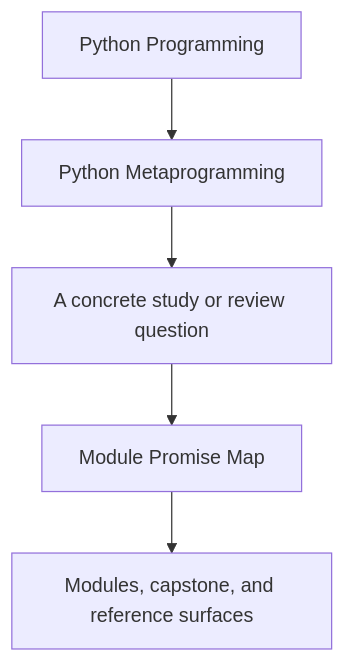
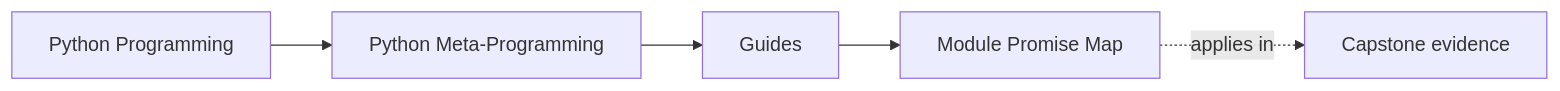
One commit to bijux/bijux-masterclass changed the first of 2 diagrams in programs/python-programming/python-meta-programming/course-book/guides/module-promise-map.md. Above: the diagram before and after it, drawn with Mermaid. The commit also changed other lines of this file and 55 other files, not shown here.

Commit message:
docs(python-meta-programming): map runtime foundations and inspection routes

````diff
--- a/programs/python-programming/python-meta-programming/course-book/guides/module-promise-map.md
+++ b/programs/python-programming/python-meta-programming/course-book/guides/module-promise-map.md
@@ -6,7 +6,11 @@
 ```mermaid
-flowchart TD
-  family["Python Programming"] --> program["Python Metaprogramming"]
-  program --> pressure["A concrete study or review question"]
-  pressure --> guide["Module Promise Map"]
-  guide --> next["Modules, capstone, and reference surfaces"]
+graph LR
+  family["Python Programming"]
+  program["Python Meta-Programming"]
+  section["Guides"]
+  page["Module Promise Map"]
+  capstone["Capstone evidence"]
+
+  family --> program --> section --> page
+  page -.applies in.-> capstone
 ```
````
